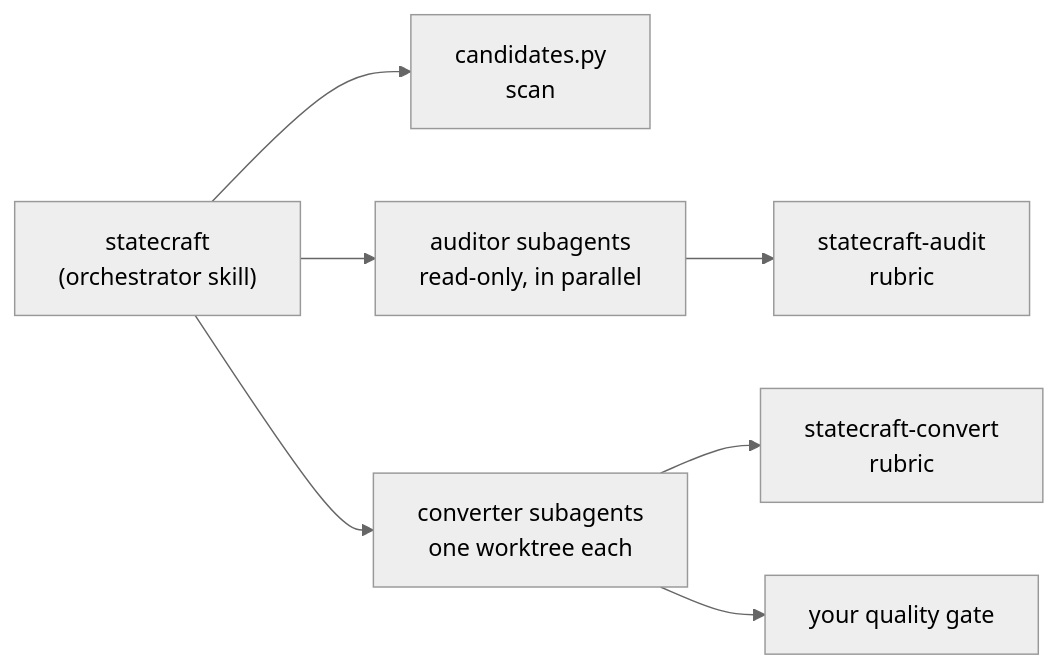
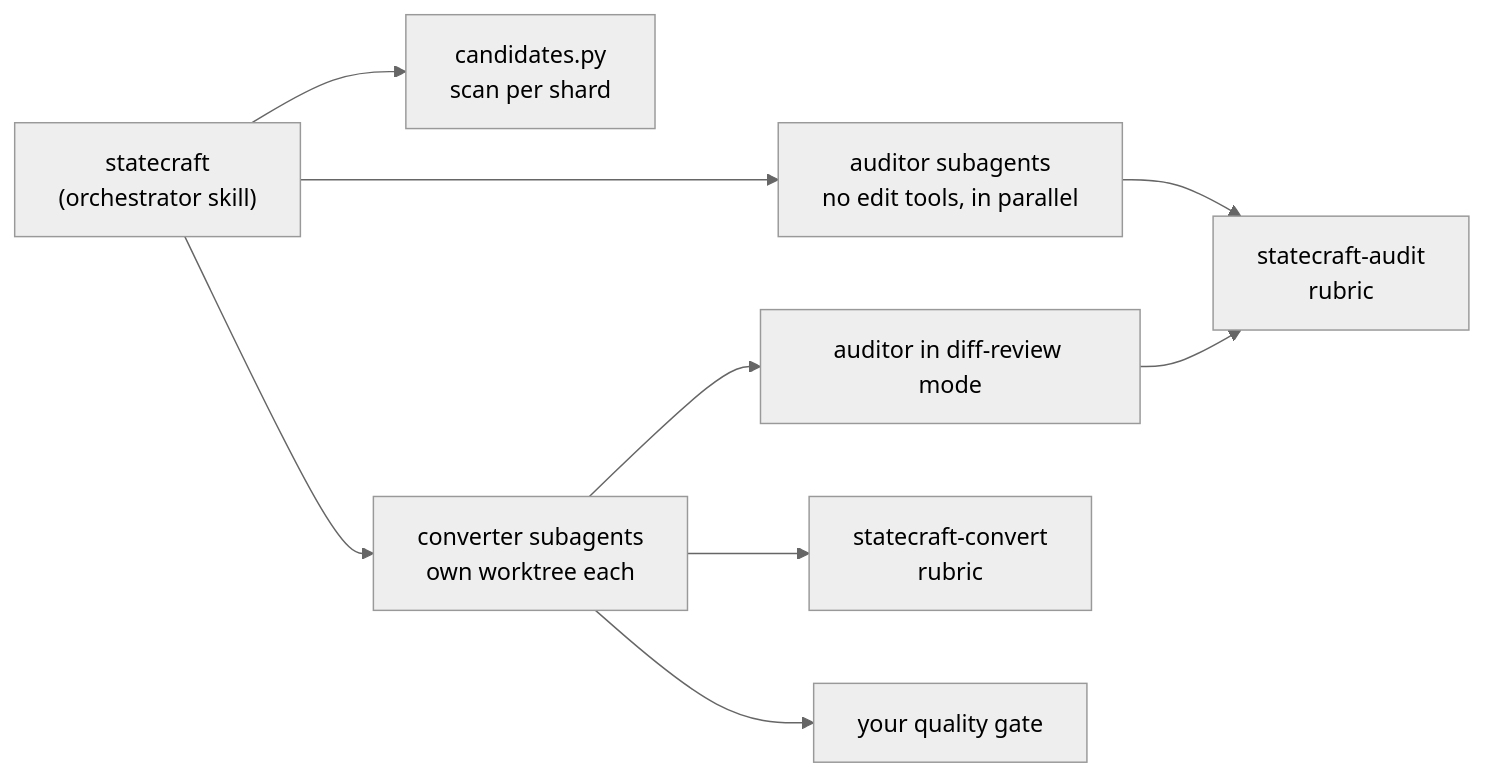
The diagram in README.md (rolottr/claude-plugin-statecraft), drawn with Mermaid (neutral theme) before and after one commit. The commit also changed other lines of this file and 19 other files, not shown here.

````diff
--- a/README.md
+++ b/README.md
@@ -80,9 +110,11 @@
 ```mermaid
 flowchart LR
-  SC["statecraft<br/>(orchestrator skill)"] --> CAND["candidates.py<br/>scan"]
-  SC --> AUD["auditor subagents<br/>read-only, in parallel"]
-  SC --> CONV["converter subagents<br/>one worktree each"]
+  SC["statecraft<br/>(orchestrator skill)"] --> CAND["candidates.py<br/>scan per shard"]
+  SC --> AUD["auditor subagents<br/>no edit tools, in parallel"]
+  SC --> CONV["converter subagents<br/>own worktree each"]
+  CONV --> REV["auditor in diff-review mode"]
   AUD --> RA["statecraft-audit<br/>rubric"]
+  REV --> RA
   CONV --> RC["statecraft-convert<br/>rubric"]
   CONV --> GATE["your quality gate"]
 ```
````
